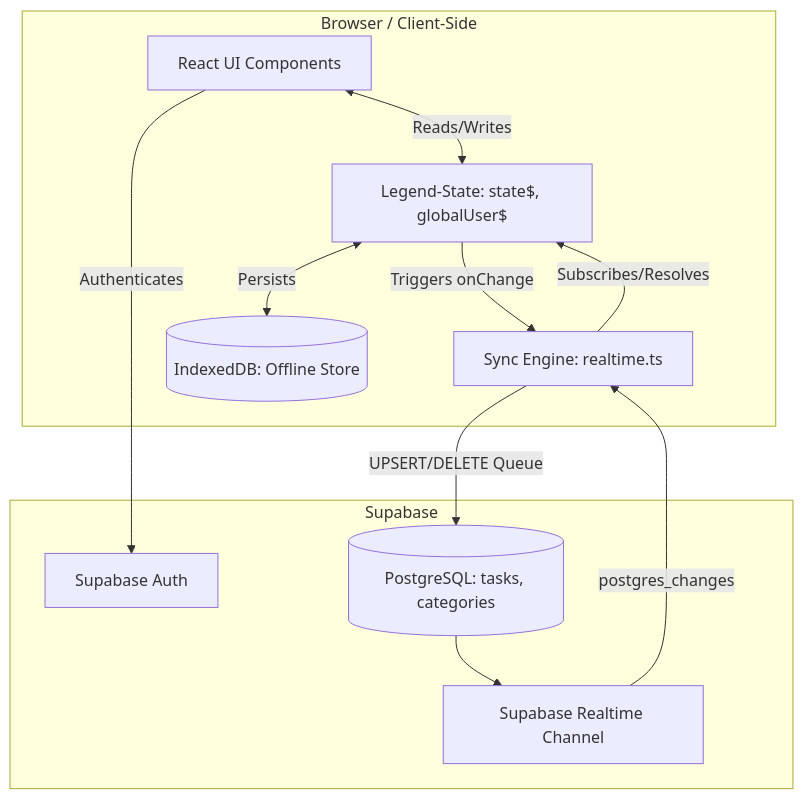
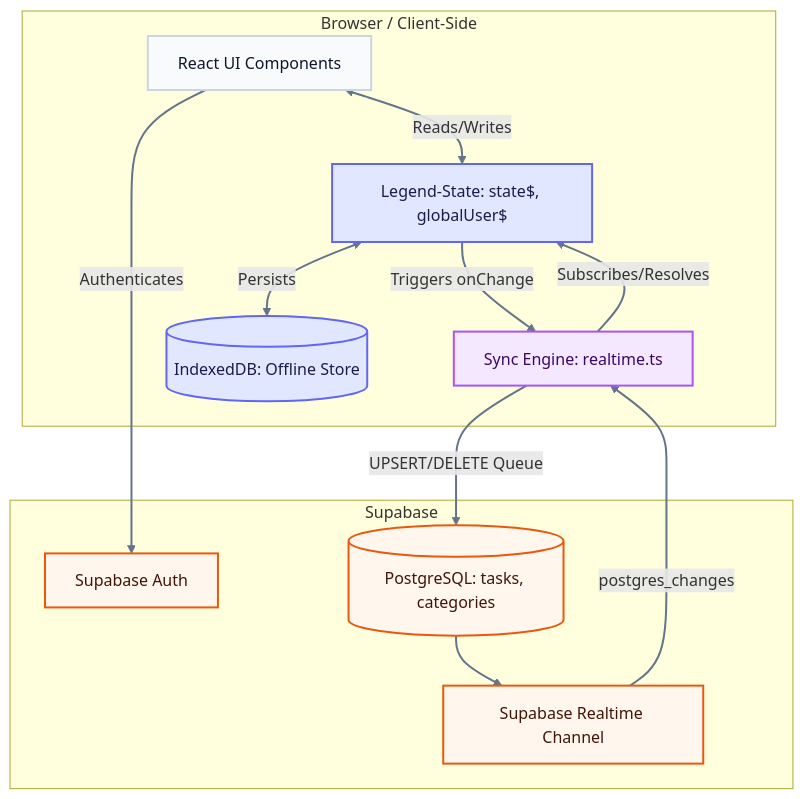
Before and after one commit to Minedflayer/Task-manager: the diagram in architecture.md, drawn with Mermaid. The commit also changed other lines of this file, not shown here.

Commit message:
docs: update architecture diagram with styling and refined component definitions

````diff
--- a/architecture.md
+++ b/architecture.md
@@ -1,25 +2,35 @@
 ```mermaid
 graph TD
+    %% Define reusable style classes
+    classDef clientStyle fill:#f8fafc,stroke:#cbd5e1,stroke-width:2px,color:#0f172a;
+    classDef storeStyle fill:#e0e7ff,stroke:#6366f1,stroke-width:2px,color:#1e1b4b;
+    classDef syncStyle fill:#f3e8ff,stroke:#a855f7,stroke-width:2px,color:#3b0764;
+    classDef backendStyle fill:#fff7ed,stroke:#ea580c,stroke-width:2px,color:#431407;
+
     subgraph Client [Browser / Client-Side]
-        UI[React UI Components]
-        State[Legend-State: state$, globalUser$]
-        Sync[Sync Engine: realtime.ts]
-        DB[(IndexedDB: Offline Store)]
+        UI[React UI Components]:::clientStyle
+        State[Legend-State: state$, globalUser$]:::storeStyle
+        Sync[Sync Engine: realtime.ts]:::syncStyle
+        DB[(IndexedDB: Offline Store)]:::storeStyle
     end
 
     subgraph Backend [Supabase]
-        Auth[Supabase Auth]
-        Postgres[(PostgreSQL: tasks, categories)]
-        Realtime[Supabase Realtime Channel]
+        Auth[Supabase Auth]:::backendStyle
+        Postgres[(PostgreSQL: tasks, categories)]:::backendStyle
+        Realtime[Supabase Realtime Channel]:::backendStyle
     end
 
+    %% Apply explicit links with custom arrow colors
     UI <-->|Reads/Writes| State
     State <-->|Persists| DB
     State -->|Triggers onChange| Sync
     Sync -->|Subscribes/Resolves| State
 
     UI -->|Authenticates| Auth
     Sync -->|UPSERT/DELETE Queue| Postgres
     Realtime -->|postgres_changes| Sync
     Postgres --> Realtime
+
+    %% Change link line colors globally or individually
+    linkStyle default stroke:#64748b,stroke-width:2px;
 ```
````
